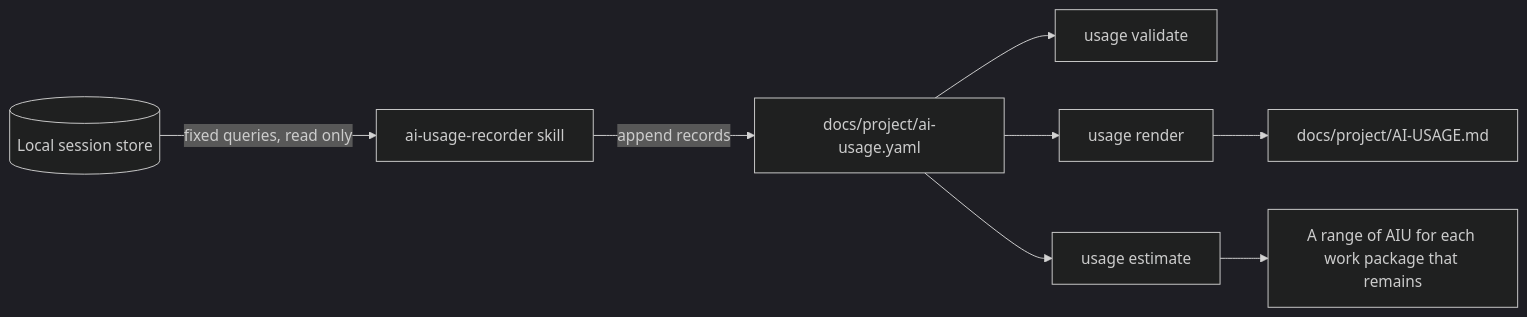
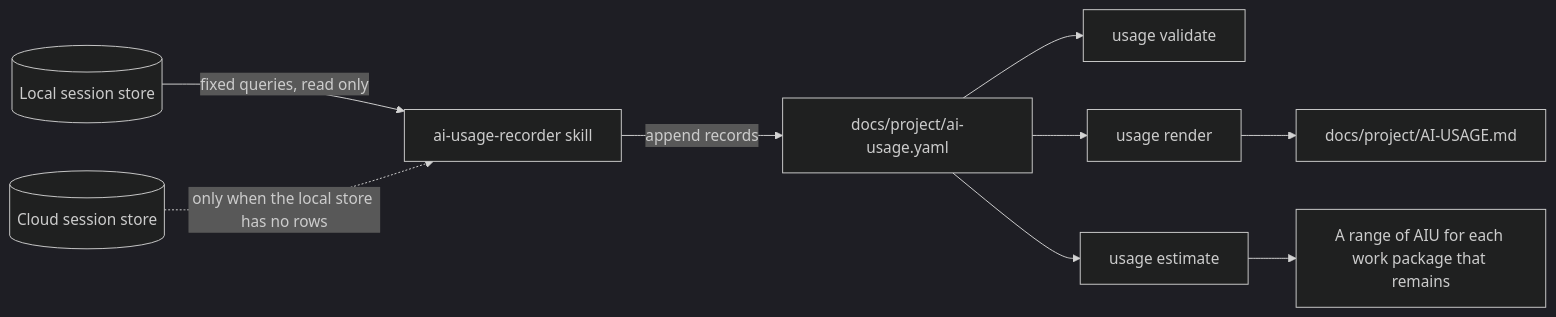
The diagram in docs/explanation/ai-usage-statistics.md (RostomOhannessian/full-ci-cd-pipeline), drawn with Mermaid (dark theme) before and after one commit. The commit also changed other lines of this file and 25 other files, not shown here.

````diff
--- a/docs/explanation/ai-usage-statistics.md
+++ b/docs/explanation/ai-usage-statistics.md
@@ -31,12 +31,13 @@
 ```mermaid
 flowchart LR
   accTitle: How AI usage reaches the report and the estimate
-  accDescr: The Copilot app writes each model call to a local session store. The ai-usage-recorder skill reads the calls of the current session with fixed queries and appends records to the ledger. The governance usage command validates the ledger, renders the report, and estimates the remaining work. It never reads the store.
+  accDescr: The Copilot app writes each model call to a local session store, and a copy of the events reaches a cloud store. The ai-usage-recorder skill reads the calls of the current session from the local store with fixed queries, and only when the local store has no rows for the session it reads the cloud store, which gives derived usage. It appends records to the ledger. The governance usage command validates the ledger, renders the report, and estimates the remaining work. It never reads either store.
   store[(Local session store)] -->|fixed queries, read only| skill[ai-usage-recorder skill]
+  cloud[(Cloud session store)] -.->|only when the local store has no rows| skill
   skill -->|append records| ledger[docs/project/ai-usage.yaml]
   ledger --> validate[usage validate]
   ledger --> render[usage render]
   ledger --> estimate[usage estimate]
   render --> report[docs/project/AI-USAGE.md]
   estimate --> range[A range of AIU for each work package that remains]
 ```
````
